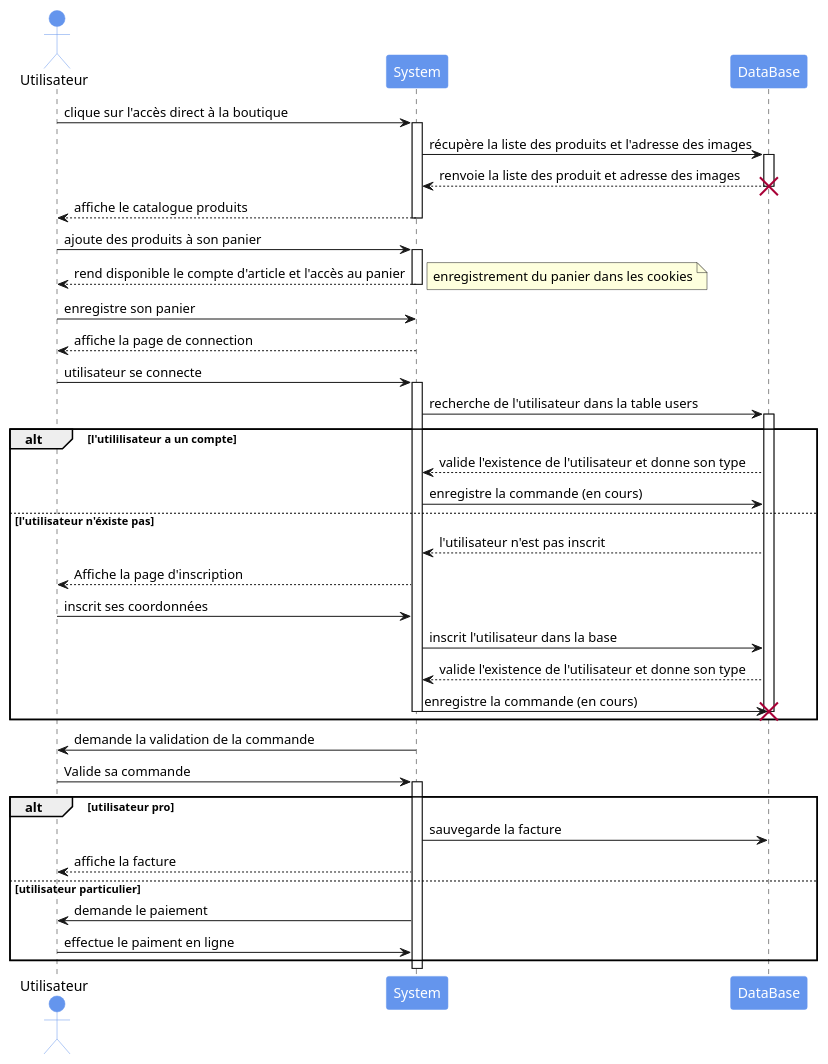
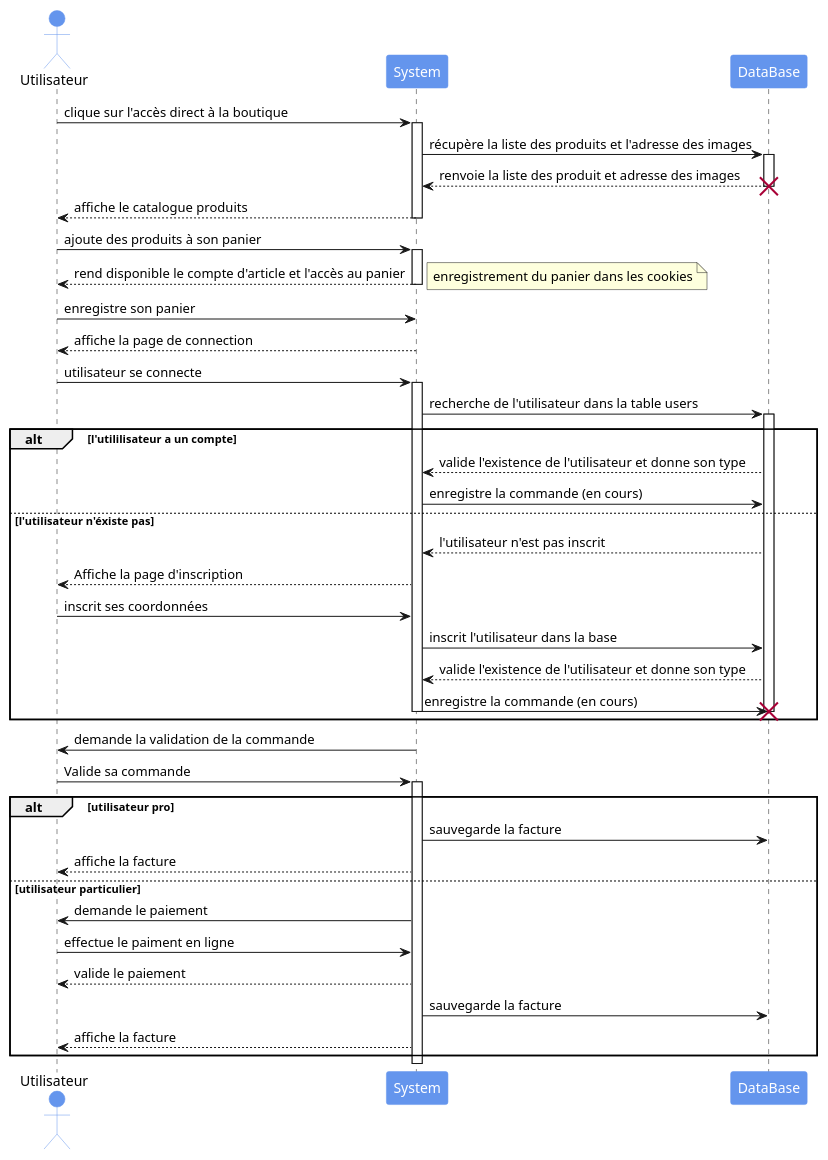
The diagram in puml/sequence_commande.puml (germainsip/projet-village), drawn with PlantUML before and after one commit.

```diff
--- a/puml/sequence_commande.puml
+++ b/puml/sequence_commande.puml
@@ -1,62 +1,65 @@
 @startuml sequence
 skinparam backgroundcolor transparent
 skinparam participant {
   BackgroundColor cornflowerblue
   bordercolor cornflowerblue
   fontColor white
 }
 skinparam actor {
   BackgroundColor cornflowerblue
   bordercolor cornflowerblue
 }
 actor Utilisateur as U
 Participant System as S
 Participant DataBase as D
 U->S : clique sur l'accès direct à la boutique
 activate S
 S->D : récupère la liste des produits et l'adresse des images
 activate D
 D-->S : renvoie la liste des produit et adresse des images
 destroy D
 S-->U : affiche le catalogue produits
 deactivate S
 U->S : ajoute des produits à son panier
 activate S
 S-->U : rend disponible le compte d'article et l'accès au panier
 note right : enregistrement du panier dans les cookies
 
 deactivate S
 U->S : enregistre son panier
 S-->U : affiche la page de connection
 U->S : utilisateur se connecte
 activate S
 S->D : recherche de l'utilisateur dans la table users
 activate D
 alt l'utililisateur a un compte
 D-->S : valide l'existence de l'utilisateur et donne son type
 S->D : enregistre la commande (en cours)
 else l'utilisateur n'éxiste pas
 D-->S :l'utilisateur n'est pas inscrit
 S-->U : Affiche la page d'inscription
 U->S : inscrit ses coordonnées
 S->D : inscrit l'utilisateur dans la base
 D-->S : valide l'existence de l'utilisateur et donne son type
 S->D : enregistre la commande (en cours)
 destroy D
 deactivate S
 end
 S->U : demande la validation de la commande
 U->S : Valide sa commande
 activate S
 
 alt utilisateur pro
 S->D : sauvegarde la facture
 S-->U : affiche la facture
 else utilisateur particulier
 S->U : demande le paiement 
 U->S : effectue le paiment en ligne
+S-->U : valide le paiement
+S->D : sauvegarde la facture
+S-->U : affiche la facture
 end
 
 
 
 @enduml
```
